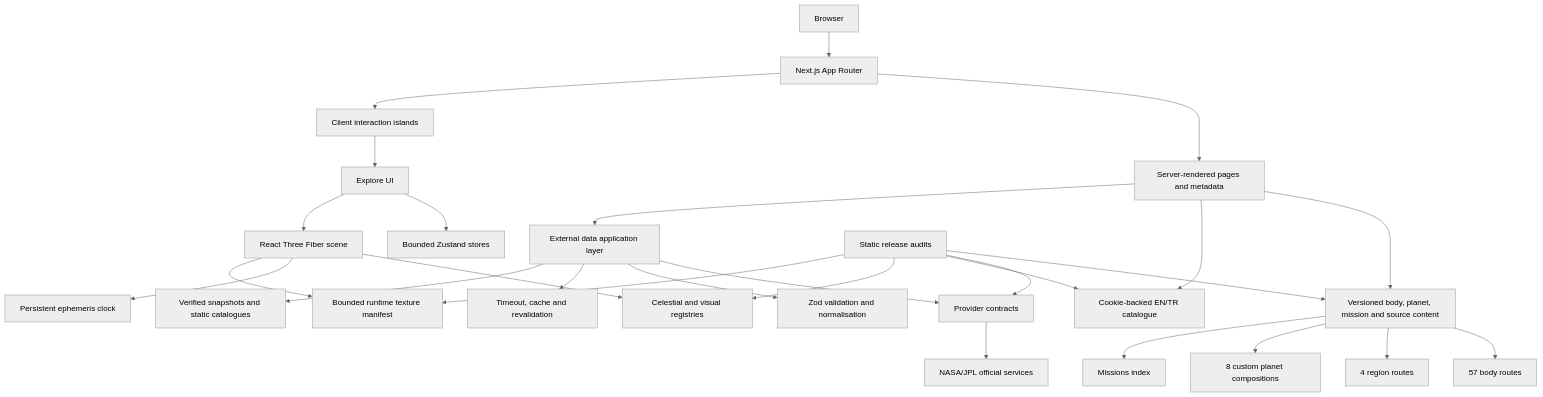
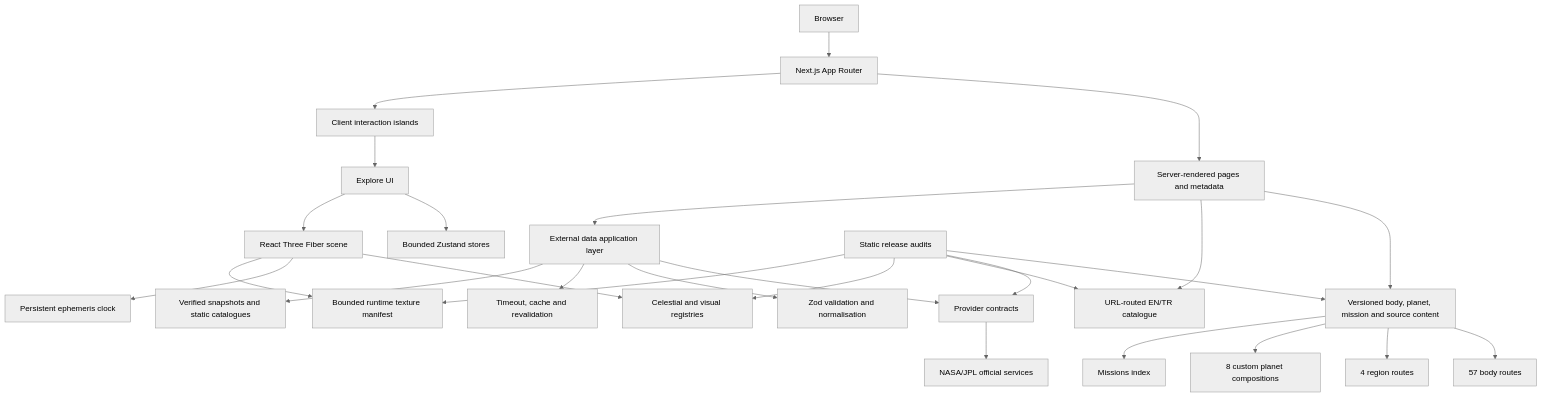
The diagram in docs/ARCHITECTURE_DIAGRAM.md (Contraill/Helios), drawn with Mermaid (neutral theme) before and after one commit. The commit also changed 55 other files, not shown here.

````diff
--- a/docs/ARCHITECTURE_DIAGRAM.md
+++ b/docs/ARCHITECTURE_DIAGRAM.md
@@ -3,34 +3,34 @@
 ```mermaid
 flowchart TD
   Browser[Browser] --> AppRouter[Next.js App Router]
   AppRouter --> ServerPages[Server-rendered pages and metadata]
   AppRouter --> ClientIslands[Client interaction islands]
 
   ServerPages --> Content[Versioned body, planet, mission and source content]
-  ServerPages --> Locale[Cookie-backed EN/TR catalogue]
+  ServerPages --> Locale[URL-routed EN/TR catalogue]
   ServerPages --> DataLayer[External data application layer]
 
   DataLayer --> Contracts[Provider contracts]
   DataLayer --> Validation[Zod validation and normalisation]
   DataLayer --> Cache[Timeout, cache and revalidation]
   DataLayer --> Fallback[Verified snapshots and static catalogues]
   Contracts --> NASA[NASA/JPL official services]
 
   ClientIslands --> Explore[Explore UI]
   Explore --> Stores[Bounded Zustand stores]
   Explore --> Scene[React Three Fiber scene]
   Scene --> Registry[Celestial and visual registries]
   Scene --> Clock[Persistent ephemeris clock]
   Scene --> Assets[Bounded runtime texture manifest]
 
   Content --> BodyRoutes[57 body routes]
   Content --> RegionRoutes[4 region routes]
   Content --> PlanetPages[8 custom planet compositions]
   Content --> Missions[Missions index]
 
   Audits[Static release audits] --> Content
   Audits --> Contracts
   Audits --> Locale
   Audits --> Registry
   Audits --> Assets
 ```
````
